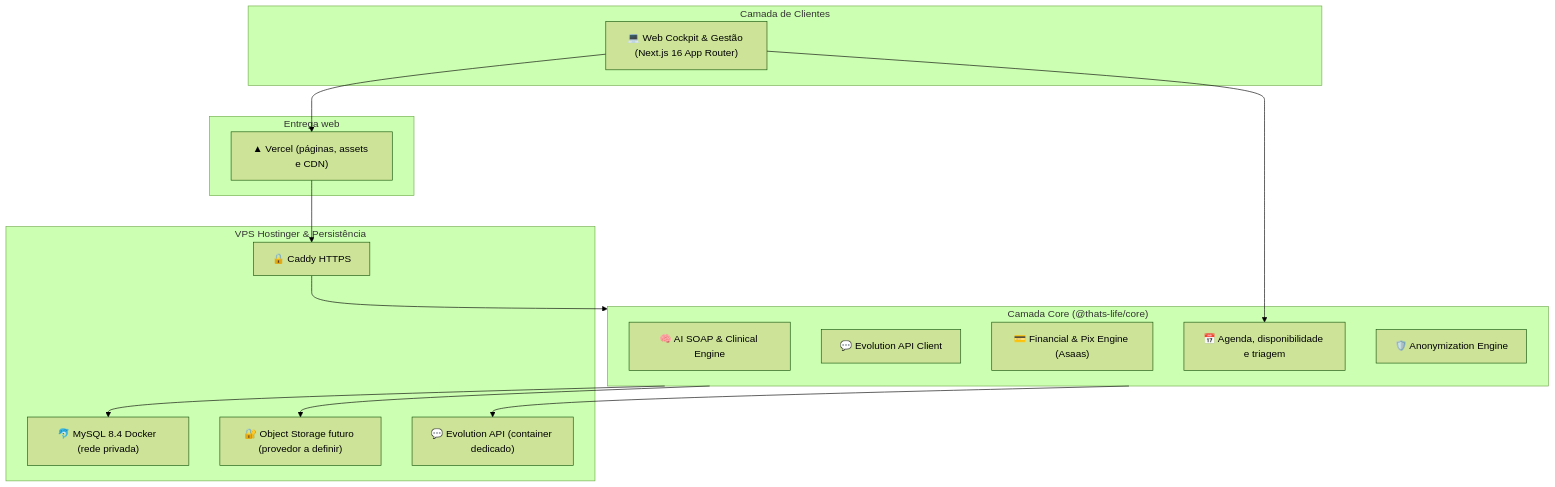
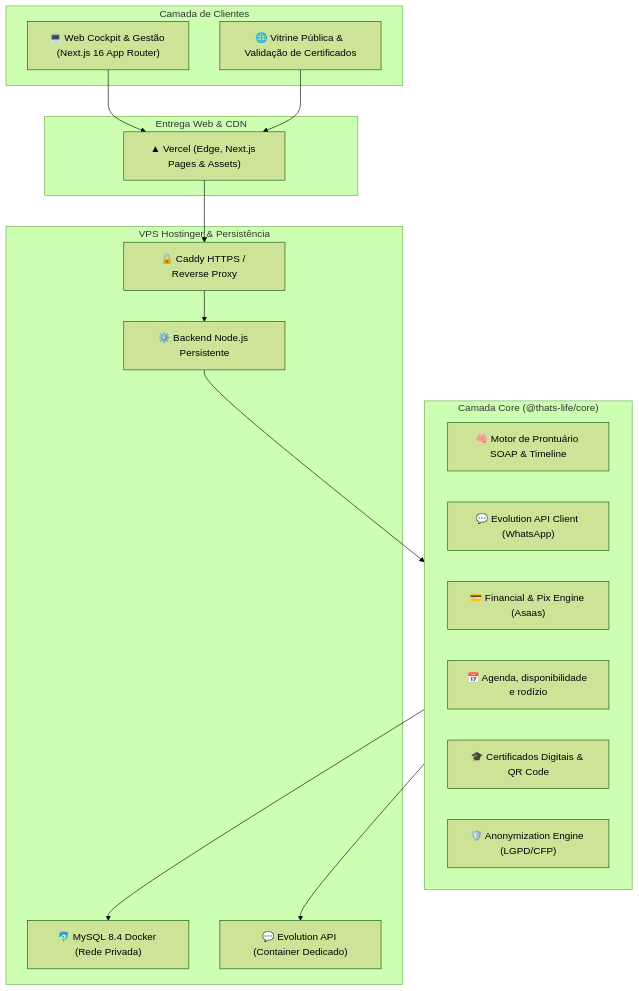
Before and after one commit to victoralmeidaj16/Clinica-viver: the first of 9 diagrams in docs/ARCHITECTURE.md, drawn with Mermaid (forest theme). The commit also changed other lines of this file and 41 other files, not shown here.

````diff
--- a/docs/ARCHITECTURE.md
+++ b/docs/ARCHITECTURE.md
@@ -22,33 +15,35 @@
 ```mermaid
 flowchart TD
     subgraph ClientLayer ["Camada de Clientes"]
         WEB["💻 Web Cockpit & Gestão (Next.js 16 App Router)"]
+        PUBLIC["🌐 Vitrine Pública & Validação de Certificados"]
     end
 
     subgraph ServiceLayer ["Camada Core (@thats-life/core)"]
-        SOAP["🧠 AI SOAP & Clinical Engine"]
-        EVO["💬 Evolution API Client"]
+        SOAP["🧠 Motor de Prontuário SOAP & Timeline"]
+        EVO["💬 Evolution API Client (WhatsApp)"]
         FIN["💳 Financial & Pix Engine (Asaas)"]
-        SCHEDULE["📅 Agenda, disponibilidade e triagem"]
-        ANON["🛡️ Anonymization Engine"]
+        SCHEDULE["📅 Agenda, disponibilidade e rodízio"]
+        CERT["🎓 Certificados Digitais & QR Code"]
+        ANON["🛡️ Anonymization Engine (LGPD/CFP)"]
     end
 
-    subgraph EdgeLayer ["Entrega web"]
-        VERCEL["▲ Vercel (páginas, assets e CDN)"]
+    subgraph EdgeLayer ["Entrega Web & CDN"]
+        VERCEL["▲ Vercel (Edge, Next.js Pages & Assets)"]
     end
 
     subgraph InfraLayer ["VPS Hostinger & Persistência"]
-        PROXY["🔒 Caddy HTTPS"]
-        DB["🐬 MySQL 8.4 Docker (rede privada)"]
-        STORAGE["🔐 Object Storage futuro (provedor a definir)"]
-        EXT_EVO["💬 Evolution API (container dedicado)"]
+        PROXY["🔒 Caddy HTTPS / Reverse Proxy"]
+        NODE["⚙️ Backend Node.js Persistente"]
+        DB["🐬 MySQL 8.4 Docker (Rede Privada)"]
+        EXT_EVO["💬 Evolution API (Container Dedicado)"]
     end
 
     WEB --> VERCEL
+    PUBLIC --> VERCEL
     VERCEL --> PROXY
-    PROXY --> ServiceLayer
-    WEB --> SCHEDULE
+    PROXY --> NODE
+    NODE --> ServiceLayer
     ServiceLayer --> DB
-    ServiceLayer --> STORAGE
     ServiceLayer --> EXT_EVO
 ```
````
